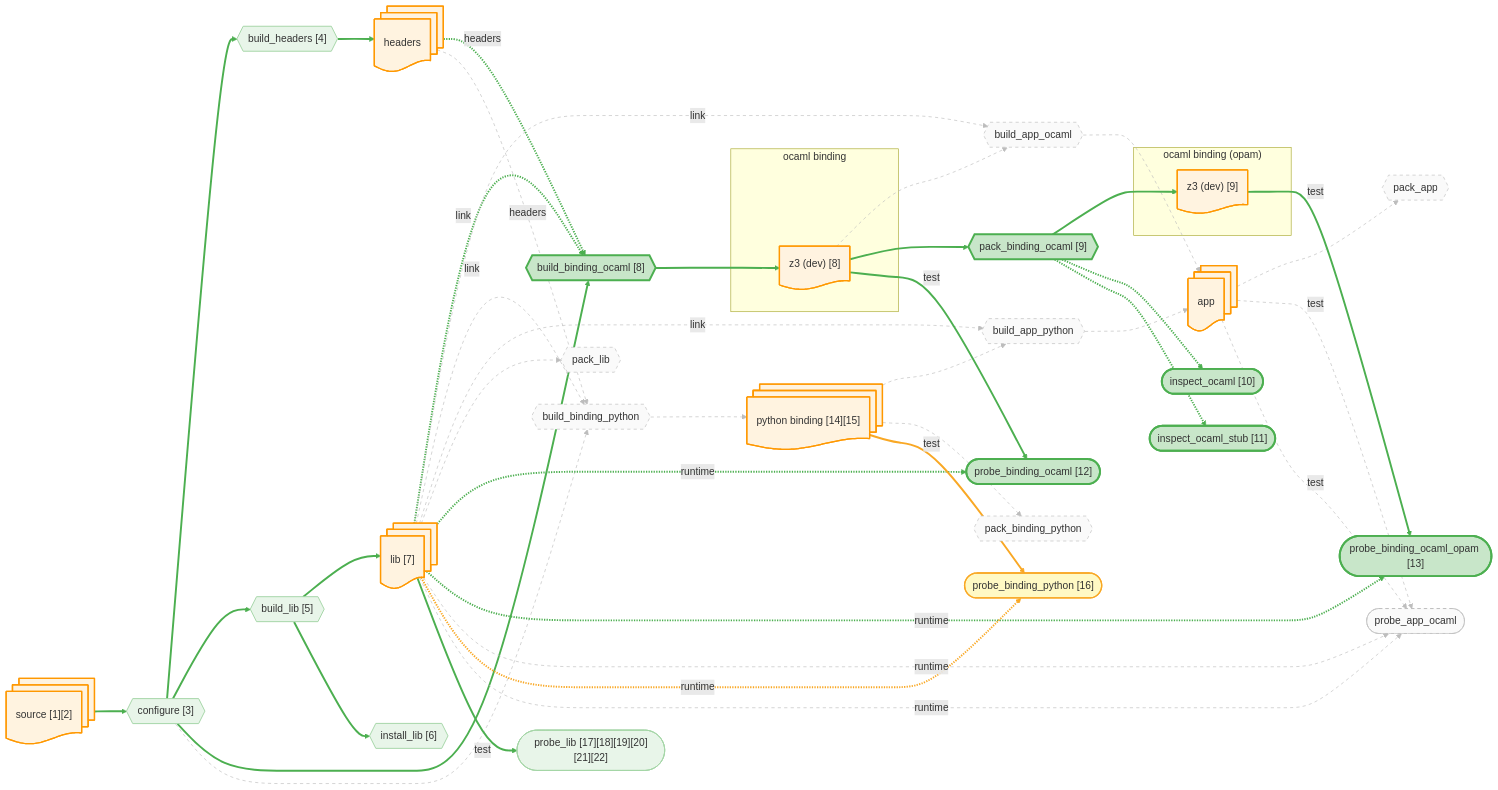
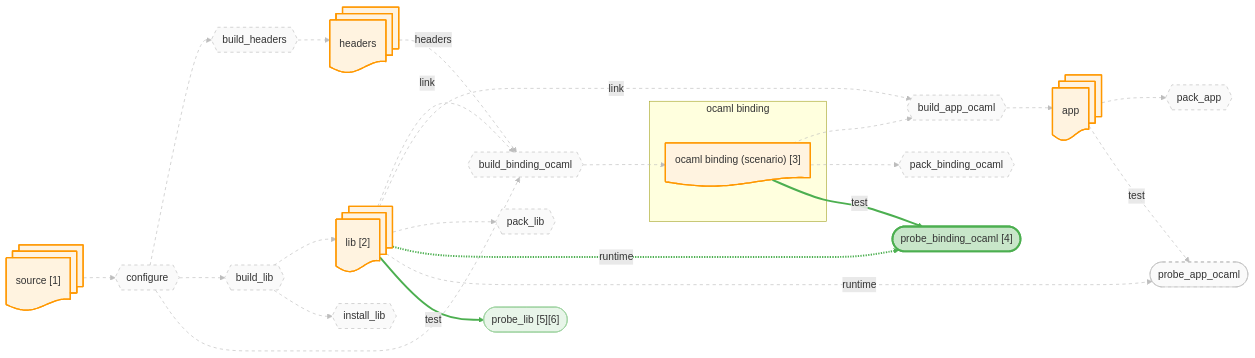
Before and after one commit to JHU-PL-Lab/tola: the diagram in docs/canary/projects/z3/-run/diagrams/binding_ocaml.mmd, drawn with Mermaid. The commit also changed 941 other files, not shown here.

```diff
--- a/docs/canary/projects/z3/-run/diagrams/binding_ocaml.mmd
+++ b/docs/canary/projects/z3/-run/diagrams/binding_ocaml.mmd
@@ -1,141 +1,87 @@
 %% view: binding_ocaml
 graph LR
-    source_node@{ shape: docs, label: "source [1][2]" }
+    source_node@{ shape: docs, label: "source [1]" }
     headers_node@{ shape: docs, label: "headers" }
-    lib_node@{ shape: docs, label: "lib [7]" }
+    lib_node@{ shape: docs, label: "lib [2]" }
     app_node@{ shape: docs, label: "app" }
-    subgraph ocaml_binding_input_sg ["ocaml binding"]
-      ocaml_binding_build_tree_node@{ shape: doc, label: "z3 (dev) [8]" }
+    subgraph ocaml_binding_sg ["ocaml binding"]
+      ocaml_binding_fetch_node@{ shape: doc, label: "ocaml binding (scenario) [3]" }
     end
-    subgraph ocaml_binding_product_sg ["ocaml binding (opam)"]
-      ocaml_binding_opam_node@{ shape: doc, label: "z3 (dev) [9]" }
-    end
-    python_binding_node@{ shape: docs, label: "python binding [14][15]" }
 
-    A_configure{{"configure [3]"}}
-    A_build_headers{{"build_headers [4]"}}
-    A_build_lib{{"build_lib [5]"}}
-    A_build_binding_ocaml{{"build_binding_ocaml [8]"}}
+    A_configure{{"configure"}}
+    A_build_headers{{"build_headers"}}
+    A_build_lib{{"build_lib"}}
+    A_build_binding_ocaml{{"build_binding_ocaml"}}
     A_build_app_ocaml{{"build_app_ocaml"}}
-    A_build_binding_python{{"build_binding_python"}}
-    A_build_app_python{{"build_app_python"}}
-    A_install_lib{{"install_lib [6]"}}
-    A_pack_binding_ocaml{{"pack_binding_ocaml [9]"}}
-    A_pack_binding_python{{"pack_binding_python"}}
+    A_install_lib{{"install_lib"}}
+    A_pack_binding_ocaml{{"pack_binding_ocaml"}}
     A_pack_lib{{"pack_lib"}}
     A_pack_app{{"pack_app"}}
-    A_probe_binding_ocaml(["probe_binding_ocaml [12]"])
-    A_probe_binding_ocaml_opam(["probe_binding_ocaml_opam [13]"])
+    A_probe_binding_ocaml(["probe_binding_ocaml [4]"])
     A_probe_app_ocaml(["probe_app_ocaml"])
-    A_probe_binding_python(["probe_binding_python [16]"])
-    A_probe_app_ocaml(["probe_app_ocaml"])
-    A_probe_lib(["probe_lib [17][18][19][20][21][22]"])
-    A_pack_binding_ocaml_inspect(["inspect_ocaml [10]"])
-    A_pack_binding_ocaml_stub_inspect(["inspect_ocaml_stub [11]"])
+    A_probe_lib(["probe_lib [5][6]"])
 
     source_node --> A_configure
     A_configure --> A_build_headers
     A_build_headers --> headers_node
     A_configure --> A_build_lib
     A_build_lib --> lib_node
     A_configure --> A_build_binding_ocaml
     headers_node -.->|headers| A_build_binding_ocaml
     lib_node -.->|link| A_build_binding_ocaml
-    A_build_binding_ocaml --> ocaml_binding_build_tree_node
-    ocaml_binding_build_tree_node --> A_build_app_ocaml
+    A_build_binding_ocaml --> ocaml_binding_fetch_node
+    ocaml_binding_fetch_node --> A_build_app_ocaml
     lib_node -.->|link| A_build_app_ocaml
     A_build_app_ocaml --> app_node
-    A_configure --> A_build_binding_python
-    headers_node -.->|headers| A_build_binding_python
-    lib_node -.->|link| A_build_binding_python
-    A_build_binding_python --> python_binding_node
-    python_binding_node --> A_build_app_python
-    lib_node -.->|link| A_build_app_python
-    A_build_app_python --> app_node
     A_build_lib --> A_install_lib
-    ocaml_binding_build_tree_node --> A_pack_binding_ocaml
-    A_pack_binding_ocaml --> ocaml_binding_opam_node
-    python_binding_node --> A_pack_binding_python
+    ocaml_binding_fetch_node --> A_pack_binding_ocaml
     lib_node --> A_pack_lib
     app_node --> A_pack_app
-    ocaml_binding_build_tree_node -->|test| A_probe_binding_ocaml
+    ocaml_binding_fetch_node -->|test| A_probe_binding_ocaml
     lib_node -.->|runtime| A_probe_binding_ocaml
-    ocaml_binding_opam_node -->|test| A_probe_binding_ocaml_opam
-    lib_node -.->|runtime| A_probe_binding_ocaml_opam
-    app_node -->|test| A_probe_app_ocaml
-    lib_node -.->|runtime| A_probe_app_ocaml
-    python_binding_node -->|test| A_probe_binding_python
-    lib_node -.->|runtime| A_probe_binding_python
     app_node -->|test| A_probe_app_ocaml
     lib_node -.->|runtime| A_probe_app_ocaml
     lib_node -->|test| A_probe_lib
-    A_pack_binding_ocaml -.-> A_pack_binding_ocaml_inspect
-    A_pack_binding_ocaml -.-> A_pack_binding_ocaml_stub_inspect
 
     classDef artifact fill:#fff3e0,stroke:#ff9800,stroke-width:2px
     classDef action fill:#f3e5f5,stroke:#9c27b0,stroke-width:2px
     classDef st_done fill:#c8e6c9,stroke:#4caf50,stroke-width:3px
     classDef st_done_ctx fill:#e8f5e9,stroke:#a5d6a7,stroke-width:1.5px
     classDef st_expected_fail fill:#fff9c4,stroke:#f9a825,stroke-width:2px
     classDef st_failed fill:#ffcdd2,stroke:#c62828,stroke-width:2px
     classDef st_skipped fill:#f5f5f5,stroke:#9e9e9e,stroke-dasharray:5
     classDef st_nospec fill:#fafafa,stroke:#bdbdbd,stroke-dasharray:5
-    class source_node,headers_node,lib_node,app_node,ocaml_binding_build_tree_node,ocaml_binding_opam_node,python_binding_node artifact
-    class A_configure st_done_ctx
-    class A_build_headers st_done_ctx
-    class A_build_lib st_done_ctx
-    class A_build_binding_ocaml st_done
+    class source_node,headers_node,lib_node,app_node,ocaml_binding_fetch_node artifact
+    class A_configure st_nospec
+    class A_build_headers st_nospec
+    class A_build_lib st_nospec
+    class A_build_binding_ocaml st_nospec
     class A_build_app_ocaml st_nospec
-    class A_build_binding_python st_nospec
-    class A_build_app_python st_nospec
-    class A_install_lib st_done_ctx
-    class A_pack_binding_ocaml st_done
-    class A_pack_binding_python st_nospec
+    class A_install_lib st_nospec
+    class A_pack_binding_ocaml st_nospec
     class A_pack_lib st_nospec
     class A_pack_app st_nospec
     class A_probe_binding_ocaml st_done
-    class A_probe_binding_ocaml_opam st_done
-    class A_probe_app_ocaml st_nospec
-    class A_probe_binding_python st_expected_fail
     class A_probe_app_ocaml st_nospec
     class A_probe_lib st_done_ctx
-    class A_pack_binding_ocaml_inspect st_done
-    class A_pack_binding_ocaml_stub_inspect st_done
-    linkStyle 0 stroke:#4caf50,stroke-width:3px
-    linkStyle 1 stroke:#4caf50,stroke-width:3px
-    linkStyle 2 stroke:#4caf50,stroke-width:3px
-    linkStyle 3 stroke:#4caf50,stroke-width:3px
-    linkStyle 4 stroke:#4caf50,stroke-width:3px
-    linkStyle 5 stroke:#4caf50,stroke-width:3px
-    linkStyle 6 stroke:#4caf50,stroke-width:3px
-    linkStyle 7 stroke:#4caf50,stroke-width:3px
-    linkStyle 8 stroke:#4caf50,stroke-width:3px
+    linkStyle 0 stroke:#bdbdbd,stroke-width:1px,stroke-dasharray:5
+    linkStyle 1 stroke:#bdbdbd,stroke-width:1px,stroke-dasharray:5
+    linkStyle 2 stroke:#bdbdbd,stroke-width:1px,stroke-dasharray:5
+    linkStyle 3 stroke:#bdbdbd,stroke-width:1px,stroke-dasharray:5
+    linkStyle 4 stroke:#bdbdbd,stroke-width:1px,stroke-dasharray:5
+    linkStyle 5 stroke:#bdbdbd,stroke-width:1px,stroke-dasharray:5
+    linkStyle 6 stroke:#bdbdbd,stroke-width:1px,stroke-dasharray:5
+    linkStyle 7 stroke:#bdbdbd,stroke-width:1px,stroke-dasharray:5
+    linkStyle 8 stroke:#bdbdbd,stroke-width:1px,stroke-dasharray:5
     linkStyle 9 stroke:#bdbdbd,stroke-width:1px,stroke-dasharray:5
     linkStyle 10 stroke:#bdbdbd,stroke-width:1px,stroke-dasharray:5
     linkStyle 11 stroke:#bdbdbd,stroke-width:1px,stroke-dasharray:5
     linkStyle 12 stroke:#bdbdbd,stroke-width:1px,stroke-dasharray:5
     linkStyle 13 stroke:#bdbdbd,stroke-width:1px,stroke-dasharray:5
     linkStyle 14 stroke:#bdbdbd,stroke-width:1px,stroke-dasharray:5
     linkStyle 15 stroke:#bdbdbd,stroke-width:1px,stroke-dasharray:5
-    linkStyle 16 stroke:#bdbdbd,stroke-width:1px,stroke-dasharray:5
-    linkStyle 17 stroke:#bdbdbd,stroke-width:1px,stroke-dasharray:5
+    linkStyle 16 stroke:#4caf50,stroke-width:3px
+    linkStyle 17 stroke:#4caf50,stroke-width:3px
     linkStyle 18 stroke:#bdbdbd,stroke-width:1px,stroke-dasharray:5
-    linkStyle 19 stroke:#4caf50,stroke-width:3px
+    linkStyle 19 stroke:#bdbdbd,stroke-width:1px,stroke-dasharray:5
     linkStyle 20 stroke:#4caf50,stroke-width:3px
-    linkStyle 21 stroke:#4caf50,stroke-width:3px
-    linkStyle 22 stroke:#bdbdbd,stroke-width:1px,stroke-dasharray:5
-    linkStyle 23 stroke:#bdbdbd,stroke-width:1px,stroke-dasharray:5
-    linkStyle 24 stroke:#bdbdbd,stroke-width:1px,stroke-dasharray:5
-    linkStyle 25 stroke:#4caf50,stroke-width:3px
-    linkStyle 26 stroke:#4caf50,stroke-width:3px
-    linkStyle 27 stroke:#4caf50,stroke-width:3px
-    linkStyle 28 stroke:#4caf50,stroke-width:3px
-    linkStyle 29 stroke:#bdbdbd,stroke-width:1px,stroke-dasharray:5
-    linkStyle 30 stroke:#bdbdbd,stroke-width:1px,stroke-dasharray:5
-    linkStyle 31 stroke:#f9a825,stroke-width:3px
-    linkStyle 32 stroke:#f9a825,stroke-width:3px
-    linkStyle 33 stroke:#bdbdbd,stroke-width:1px,stroke-dasharray:5
-    linkStyle 34 stroke:#bdbdbd,stroke-width:1px,stroke-dasharray:5
-    linkStyle 35 stroke:#4caf50,stroke-width:3px
-    linkStyle 36 stroke:#4caf50,stroke-width:3px
-    linkStyle 37 stroke:#4caf50,stroke-width:3px
```
